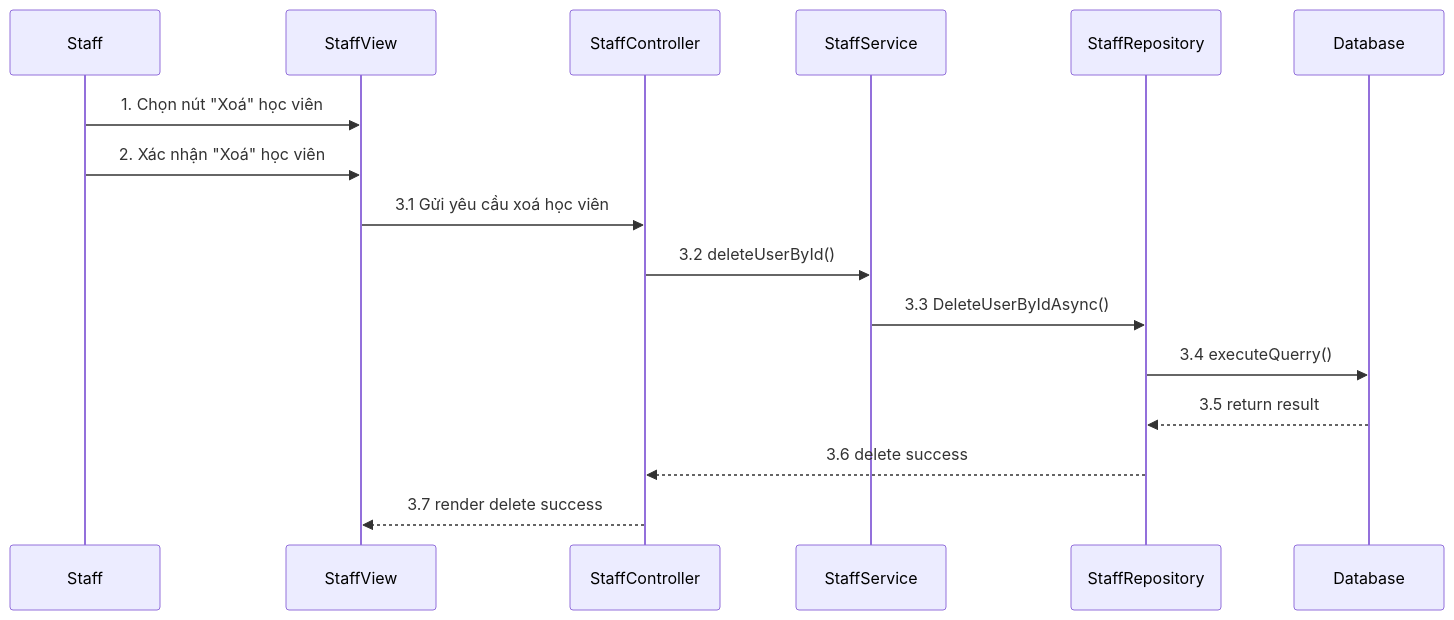
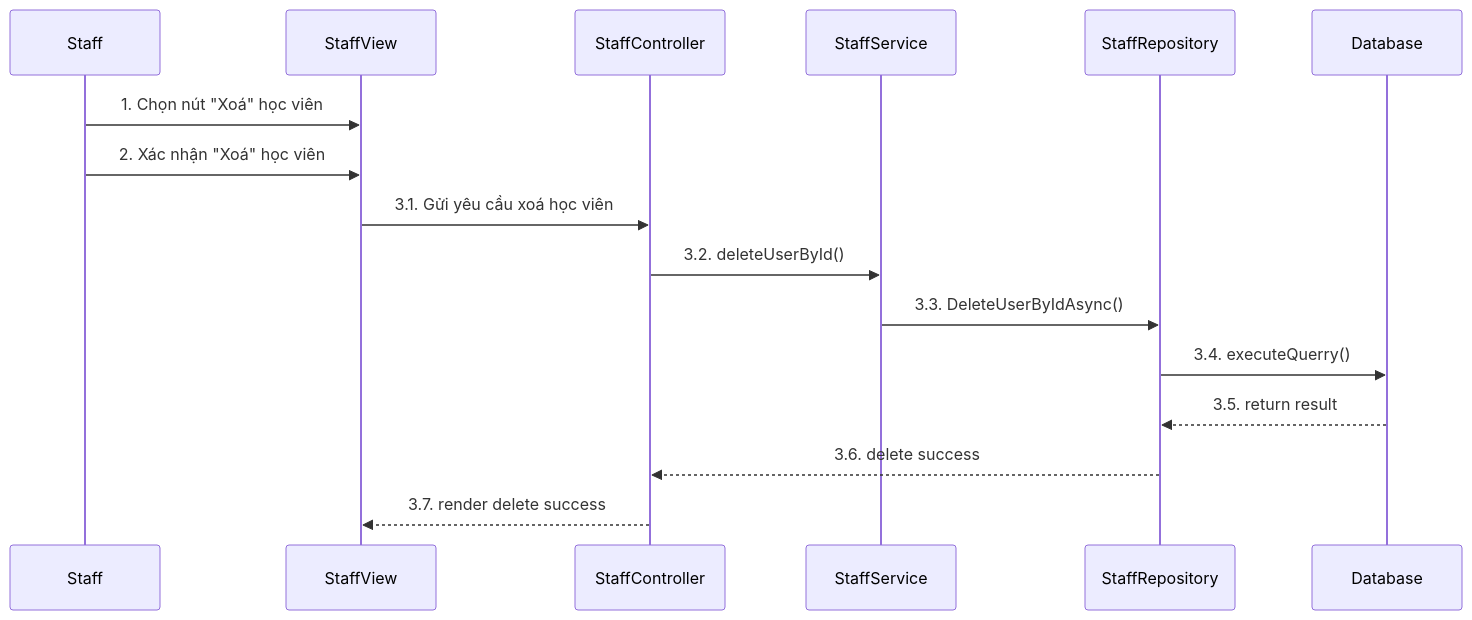
Before and after one commit to LienNTB/sequence-CNPM: the diagram in sequence/staff/Sequence-1-4.XoaHocVien.mmd, drawn with Mermaid. The commit also changed other lines of this file and 6 other files, not shown here.

```diff
--- a/sequence/staff/Sequence-1-4.XoaHocVien.mmd
+++ b/sequence/staff/Sequence-1-4.XoaHocVien.mmd
@@ -1,20 +1,20 @@
 %%# Xoá học viên
 
 sequenceDiagram
     participant Staff
     participant StaffView
     participant StaffController
     participant StaffService
     participant StaffRepository
     participant Database
 
-    Staff->>StaffView:  1. Chọn nút "Xoá" học viên
-    Staff->>StaffView:  2. Xác nhận "Xoá" học viên
+    Staff->>StaffView: 1. Chọn nút "Xoá" học viên
+    Staff->>StaffView: 2. Xác nhận "Xoá" học viên
     
-    StaffView->>StaffController: 3.1 Gửi yêu cầu xoá học viên
-    StaffController->>StaffService: 3.2 deleteUserById()
-    StaffService->>StaffRepository: 3.3 DeleteUserByIdAsync()
-    StaffRepository->>Database: 3.4 executeQuerry()
-    Database-->>StaffRepository: 3.5 return result
-    StaffRepository-->>StaffController: 3.6 delete success
-    StaffController-->>StaffView: 3.7 render delete success
+    StaffView->>StaffController: 3.1. Gửi yêu cầu xoá học viên
+    StaffController->>StaffService: 3.2. deleteUserById()
+    StaffService->>StaffRepository: 3.3. DeleteUserByIdAsync()
+    StaffRepository->>Database: 3.4. executeQuerry()
+    Database-->>StaffRepository: 3.5. return result
+    StaffRepository-->>StaffController: 3.6. delete success
+    StaffController-->>StaffView: 3.7. render delete success
```
